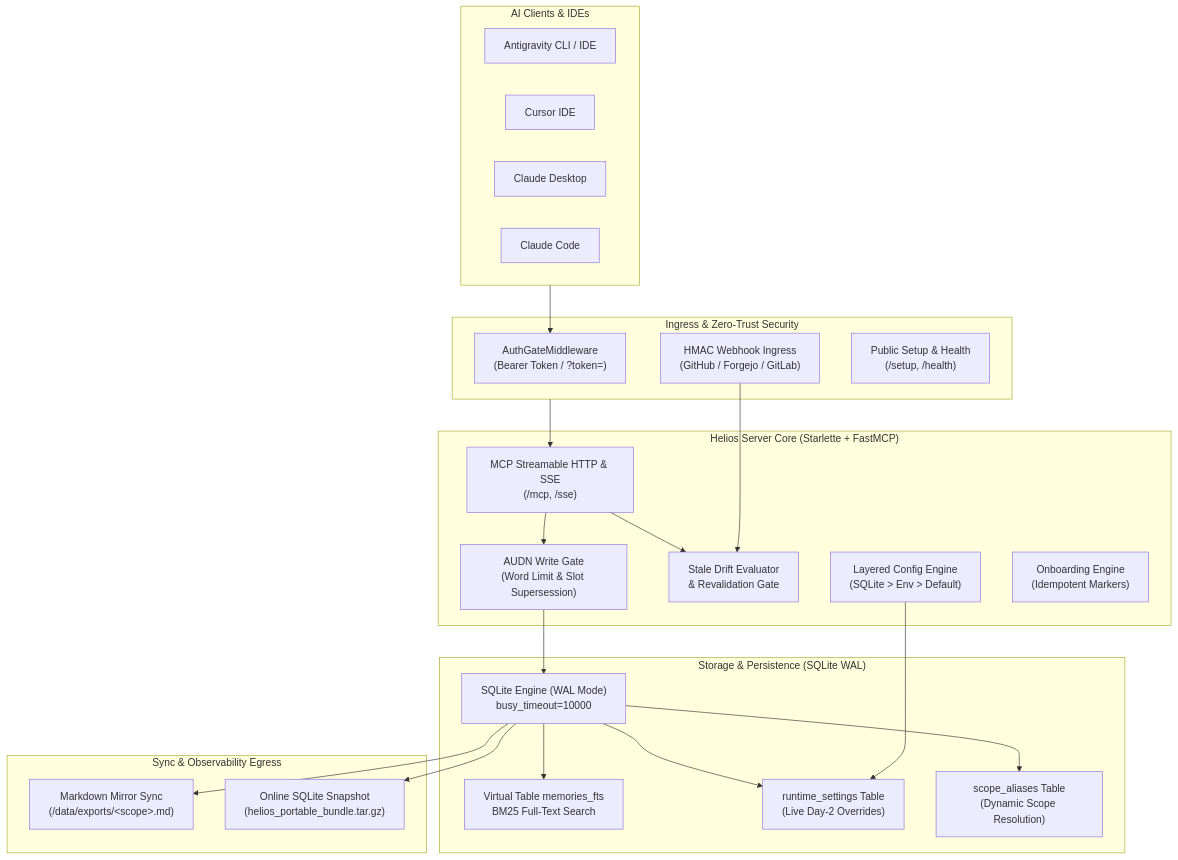
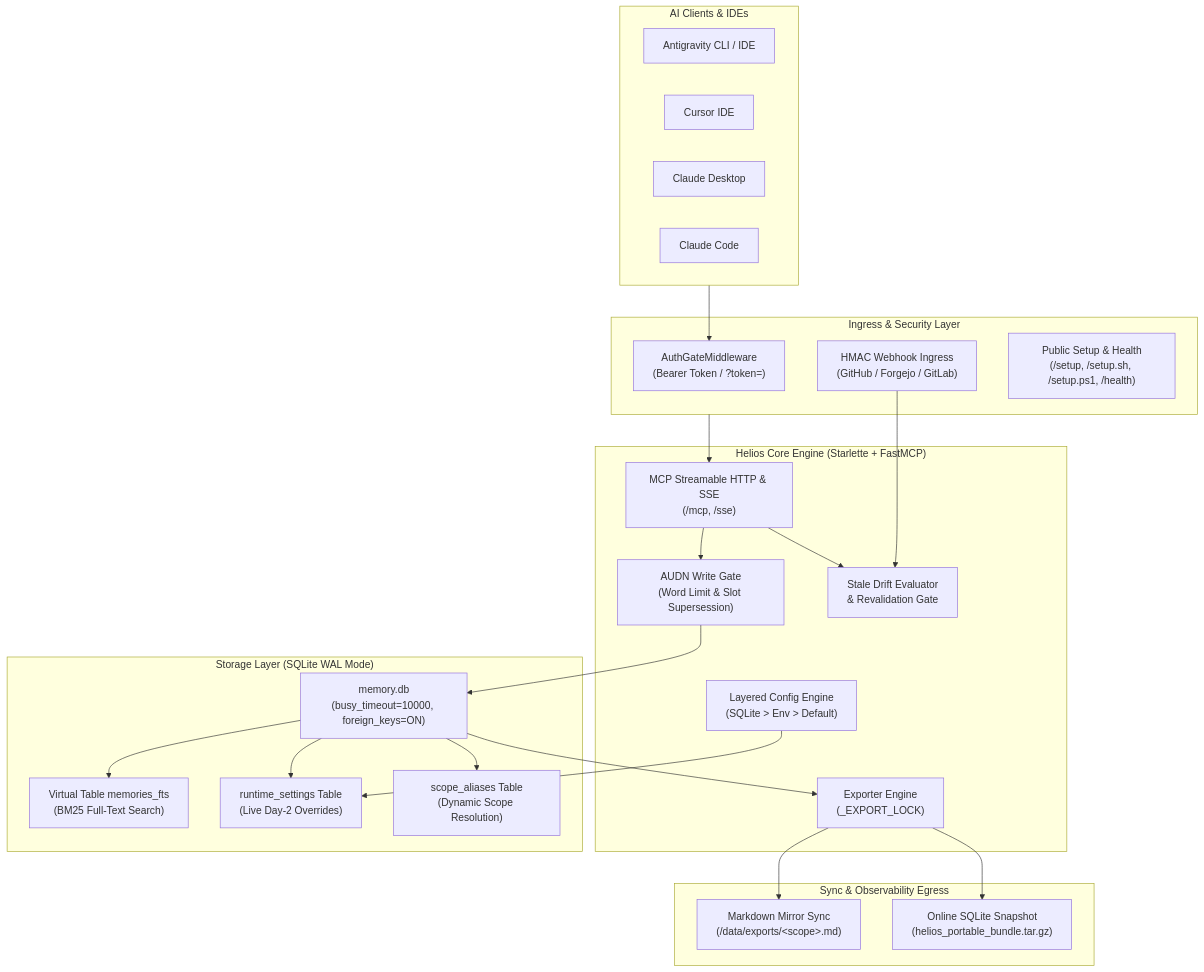
Before and after one commit to brazaoo4/helios: the first of 3 diagrams in README.md, drawn with Mermaid. The commit also changed other lines of this file and 5 other files, not shown here.

````diff
--- a/README.md
+++ b/README.md
@@ -11,48 +345,49 @@
 ```mermaid
 flowchart TD
     subgraph Clients["AI Clients & IDEs"]
         AG["Antigravity CLI / IDE"]
         CR["Cursor IDE"]
         CD["Claude Desktop"]
         CC["Claude Code"]
     end
 
-    subgraph Ingress["Ingress & Zero-Trust Security"]
+    subgraph Ingress["Ingress & Security Layer"]
         AGW["AuthGateMiddleware<br/>(Bearer Token / ?token=)"]
         WHG["HMAC Webhook Ingress<br/>(GitHub / Forgejo / GitLab)"]
-        PUB["Public Setup & Health<br/>(/setup, /health)"]
+        PUB["Public Setup & Health<br/>(/setup, /setup.sh, /setup.ps1, /health)"]
     end
 
-    subgraph Core["Helios Server Core (Starlette + FastMCP)"]
+    subgraph Core["Helios Core Engine (Starlette + FastMCP)"]
         MCP["MCP Streamable HTTP & SSE<br/>(/mcp, /sse)"]
         AUDN["AUDN Write Gate<br/>(Word Limit & Slot Supersession)"]
         REVAL["Stale Drift Evaluator<br/>& Revalidation Gate"]
         CONFIG["Layered Config Engine<br/>(SQLite &gt; Env &gt; Default)"]
-        ONBOARD["Onboarding Engine<br/>(Idempotent Markers)"]
+        EXP["Exporter Engine<br/>(_EXPORT_LOCK)"]
     end
 
-    subgraph Storage["Storage & Persistence (SQLite WAL)"]
-        SQL["SQLite Engine (WAL Mode)<br/>busy_timeout=10000"]
-        FTS["Virtual Table memories_fts<br/>BM25 Full-Text Search"]
+    subgraph Storage["Storage Layer (SQLite WAL Mode)"]
+        SQL["memory.db<br/>(busy_timeout=10000, foreign_keys=ON)"]
+        FTS["Virtual Table memories_fts<br/>(BM25 Full-Text Search)"]
         SETTINGS["runtime_settings Table<br/>(Live Day-2 Overrides)"]
         ALIASES["scope_aliases Table<br/>(Dynamic Scope Resolution)"]
     end
 
     subgraph Egress["Sync & Observability Egress"]
         MD["Markdown Mirror Sync<br/>(/data/exports/&lt;scope&gt;.md)"]
         TAR["Online SQLite Snapshot<br/>(helios_portable_bundle.tar.gz)"]
     end
 
     Clients --> AGW
     Ingress --> MCP
     MCP --> AUDN
     MCP --> REVAL
     WHG --> REVAL
     AUDN --> SQL
     SQL --> FTS
     SQL --> SETTINGS
     SQL --> ALIASES
     CONFIG --> SETTINGS
-    SQL --> MD
-    SQL --> TAR
+    SQL --> EXP
+    EXP --> MD
+    EXP --> TAR
 ```
````
